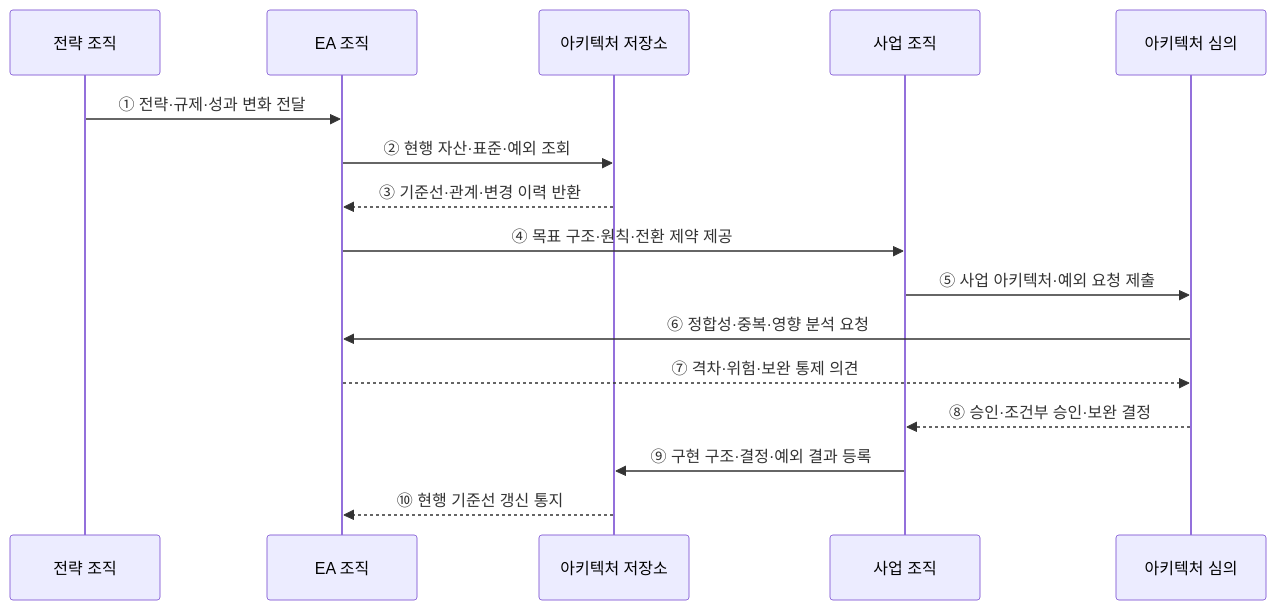
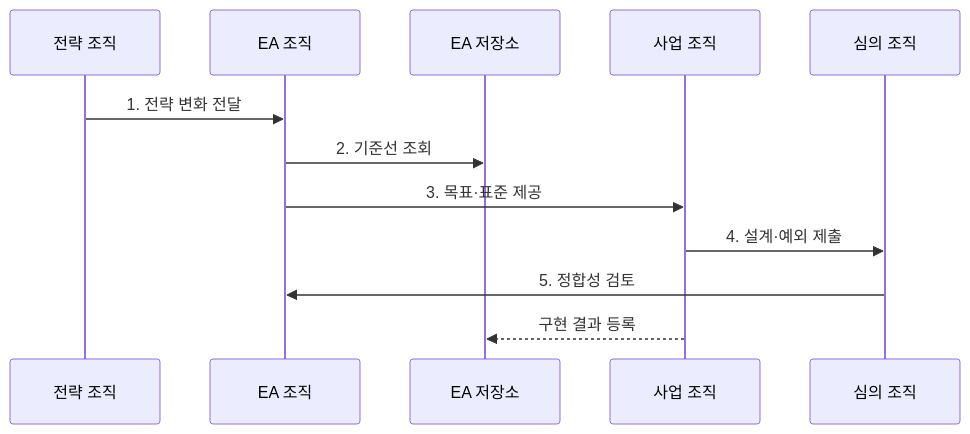
The second of 2 diagrams in src/content/docs/notes/03-software/189_enterprise_architecture.md (agnusdei1207/knowledge-base), drawn with Mermaid before and after one commit. The commit also changed other lines of this file and 20 other files, not shown here.

````diff
--- a/src/content/docs/notes/03-software/189_enterprise_architecture.md
+++ b/src/content/docs/notes/03-software/189_enterprise_architecture.md
@@ -74,18 +81,14 @@
 ```mermaid
 sequenceDiagram
     participant S as 전략 조직
     participant E as EA 조직
-    participant R as 아키텍처 저장소
+    participant R as EA 저장소
     participant P as 사업 조직
-    participant G as 아키텍처 심의
-    S->>E: ① 전략·규제·성과 변화 전달
-    E->>R: ② 현행 자산·표준·예외 조회
-    R-->>E: ③ 기준선·관계·변경 이력 반환
-    E->>P: ④ 목표 구조·원칙·전환 제약 제공
-    P->>G: ⑤ 사업 아키텍처·예외 요청 제출
-    G->>E: ⑥ 정합성·중복·영향 분석 요청
-    E-->>G: ⑦ 격차·위험·보완 통제 의견
-    G-->>P: ⑧ 승인·조건부 승인·보완 결정
-    P->>R: ⑨ 구현 구조·결정·예외 결과 등록
-    R-->>E: ⑩ 현행 기준선 갱신 통지
+    participant G as 심의 조직
+    S->>E: 1. 전략 변화 전달
+    E->>R: 2. 기준선 조회
+    E->>P: 3. 목표·표준 제공
+    P->>G: 4. 설계·예외 제출
+    G->>E: 5. 정합성 검토
+    P-->>R: 구현 결과 등록
 ```
````
